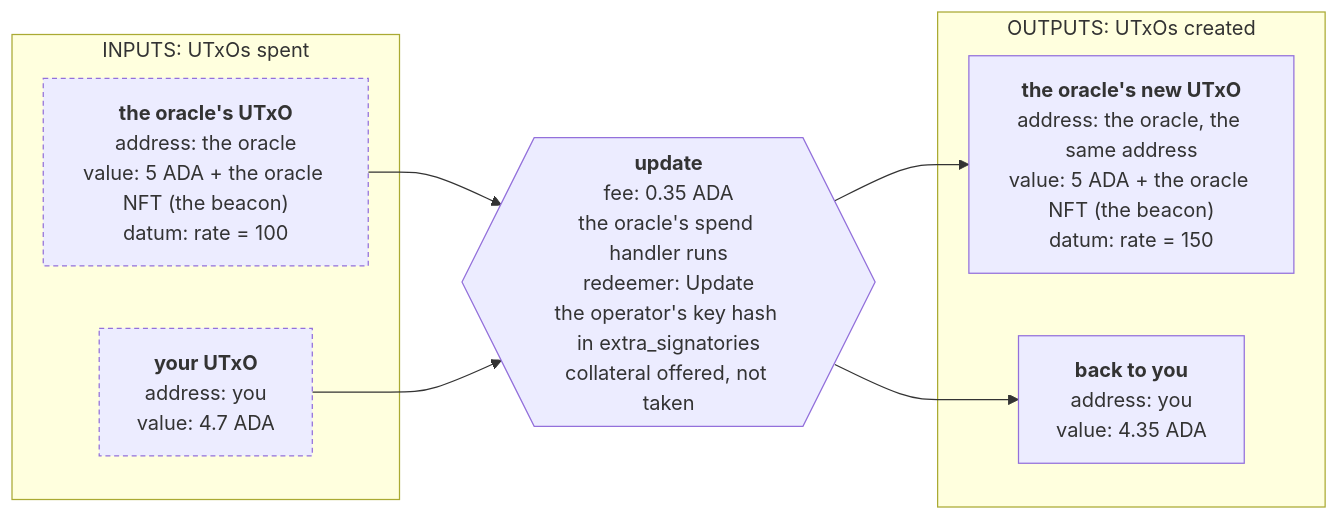
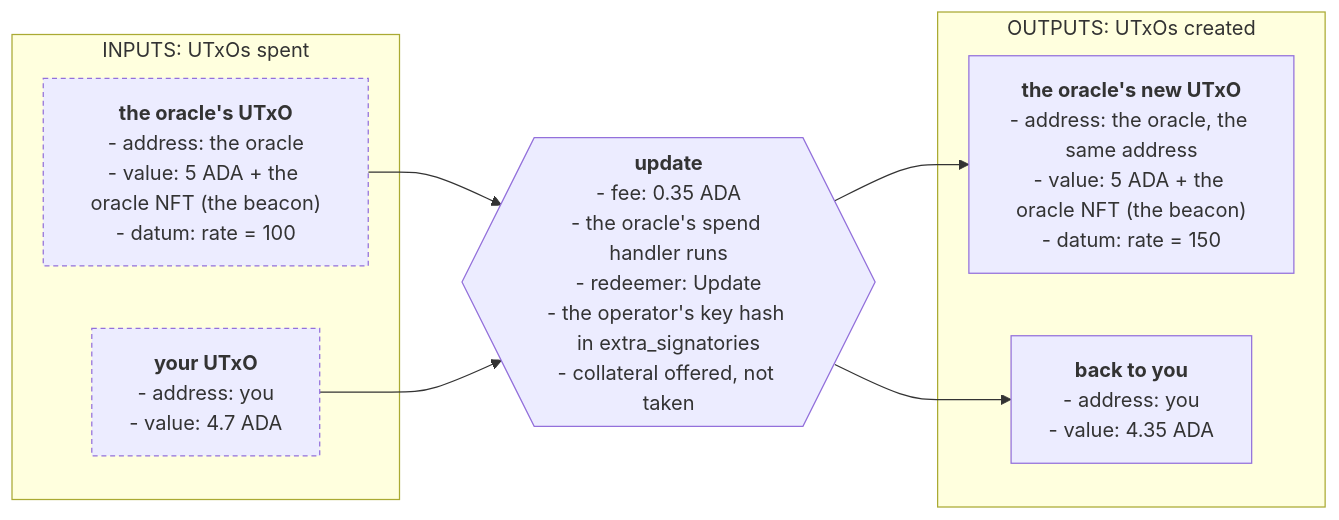
Before and after one commit to cardano-foundation/developer-portal: the first of 5 diagrams in docs/developers/onboarding/lectures/intermediate/12-modifying-state.md, drawn with Mermaid. The commit also changed other lines of this file and 8 other files, not shown here.

````diff
--- a/docs/developers/onboarding/lectures/intermediate/12-modifying-state.md
+++ b/docs/developers/onboarding/lectures/intermediate/12-modifying-state.md
@@ -44,36 +38,36 @@
 ```mermaid
 flowchart LR
     subgraph IN["INPUTS: UTxOs spent"]
         I1["`**the oracle's UTxO**
-        address: the oracle
-        value: 5 ADA + the oracle NFT (the beacon)
-        datum: rate = 100`"]
+        - address: the oracle
+        - value: 5 ADA + the oracle NFT (the beacon)
+        - datum: rate = 100`"]
         I2["`**your UTxO**
-        address: you
-        value: 4.7 ADA`"]
+        - address: you
+        - value: 4.7 ADA`"]
     end
 
     TX{{"`**update**
-    fee: 0.35 ADA
-    the oracle's spend handler runs
-    redeemer: Update
-    the operator's key hash in extra_signatories
-    collateral offered, not taken`"}}
+    - fee: 0.35 ADA
+    - the oracle's spend handler runs
+    - redeemer: Update
+    - the operator's key hash in extra_signatories
+    - collateral offered, not taken`"}}
 
     subgraph OUT["OUTPUTS: UTxOs created"]
         O1["`**the oracle's new UTxO**
-        address: the oracle, the same address
-        value: 5 ADA + the oracle NFT (the beacon)
-        datum: rate = 150`"]
+        - address: the oracle, the same address
+        - value: 5 ADA + the oracle NFT (the beacon)
+        - datum: rate = 150`"]
         O2["`**back to you**
-        address: you
-        value: 4.35 ADA`"]
+        - address: you
+        - value: 4.35 ADA`"]
     end
 
     I1 --> TX --> O1
     TX --> O2
     I2 --> TX
 
     style I1 stroke-dasharray:4 3
     style I2 stroke-dasharray:4 3
 ```
````
